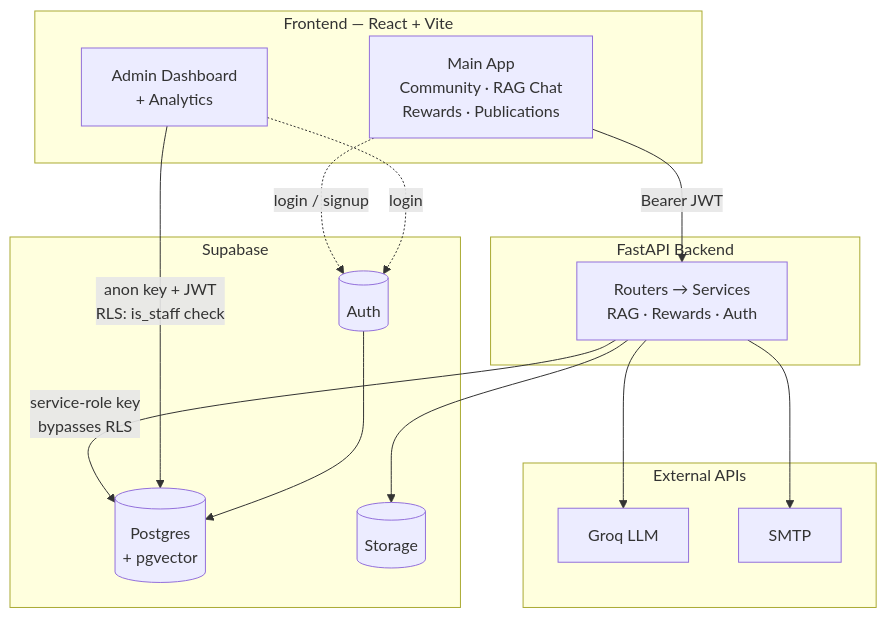
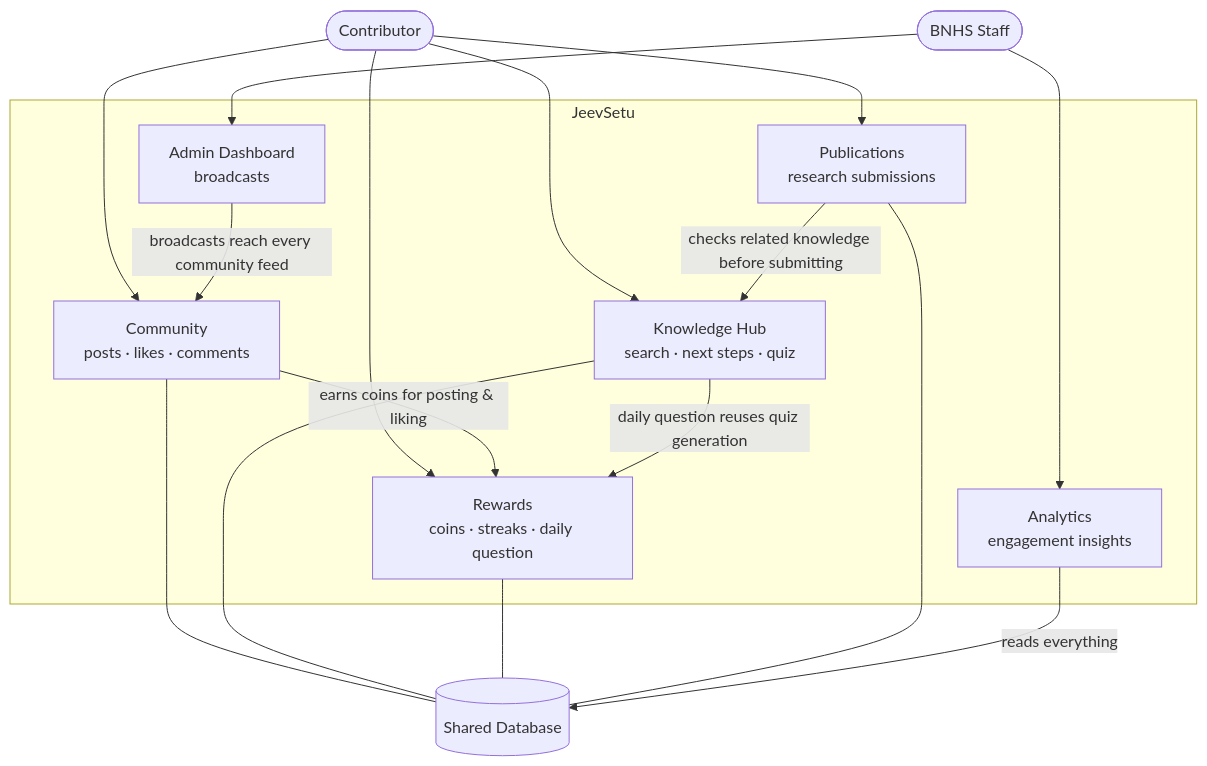
Before and after one commit to Abhijay-Nagal/JeevSetu: the first of 2 diagrams in docs/ppt4.md, drawn with Mermaid. The commit also changed other lines of this file, not shown here.

Commit message:
docs: split architecture diagram into feature-connections + RAG pipeline

````diff
--- a/docs/ppt4.md
+++ b/docs/ppt4.md
@@ -9,34 +9,35 @@
 ```mermaid
 graph TD
-    subgraph FE["Frontend — React + Vite"]
-        Main["Main App<br/>Community · RAG Chat<br/>Rewards · Publications"]
-        Admin["Admin Dashboard<br/>+ Analytics"]
+    User(["Contributor"])
+    Staff(["BNHS Staff"])
+
+    subgraph Features["JeevSetu"]
+        Community["Community<br/>posts · likes · comments"]
+        RAG["Knowledge Hub<br/>search · next steps · quiz"]
+        Rewards["Rewards<br/>coins · streaks · daily question"]
+        Pubs["Publications<br/>research submissions"]
+        Admin["Admin Dashboard<br/>broadcasts"]
+        Analytics["Analytics<br/>engagement insights"]
     end
 
-    subgraph BE["FastAPI Backend"]
-        API["Routers → Services<br/>RAG · Rewards · Auth"]
-    end
+    DB[("Shared Database")]
 
-    subgraph DATA["Supabase"]
-        PG[("Postgres<br/>+ pgvector")]
-        Auth_[("Auth")]
-        Store[("Storage")]
-    end
+    User --> Community
+    User --> RAG
+    User --> Pubs
+    User --> Rewards
 
-    subgraph EXT["External APIs"]
-        Groq["Groq LLM"]
-        SMTP["SMTP"]
-    end
+    Staff --> Admin
+    Staff --> Analytics
 
-    Main -->|Bearer JWT| API
-    API -->|service-role key<br/>bypasses RLS| PG
-    API --> Groq
-    API --> SMTP
-    API --> Store
+    Community -->|earns coins for posting & liking| Rewards
+    RAG -->|daily question reuses quiz generation| Rewards
+    Pubs -->|checks related knowledge before submitting| RAG
+    Admin -->|broadcasts reach every community feed| Community
 
-    Admin -->|anon key + JWT<br/>RLS: is_staff check| PG
-
-    Main -.->|login / signup| Auth_
-    Admin -.->|login| Auth_
-    Auth_ --> PG
+    Community --- DB
+    RAG --- DB
+    Rewards --- DB
+    Pubs --- DB
+    Analytics -->|reads everything| DB
 ```
````
